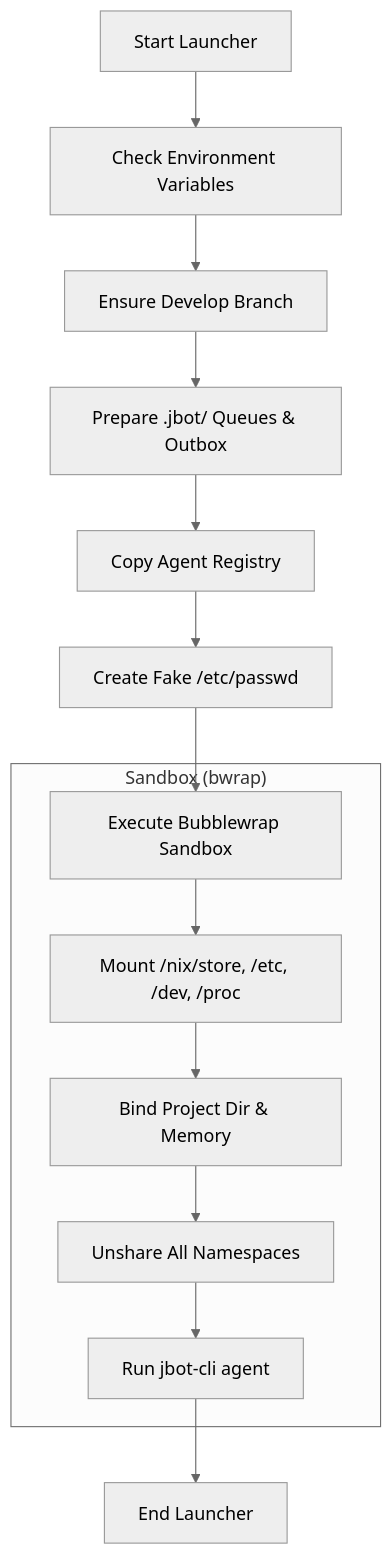
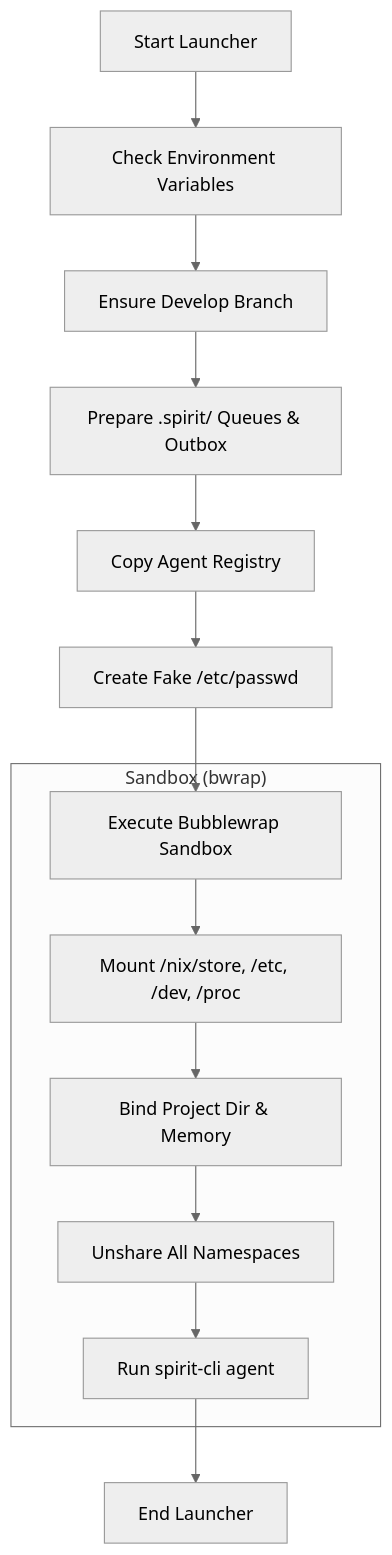
Before and after one commit to kodicw/nixspirit: the eighth of 14 diagrams in INDEX.md, drawn with Mermaid (neutral theme). The commit also changed other lines of this file and 35 other files, not shown here.

````diff
--- a/INDEX.md
+++ b/INDEX.md
@@ -222,18 +222,18 @@
 ```mermaid
 graph TD
     Start[Start Launcher] --> EnvCheck[Check Environment Variables]
     EnvCheck --> GitCheck[Ensure Develop Branch]
-    GitCheck --> PrepDirs[Prepare .jbot/ Queues & Outbox]
+    GitCheck --> PrepDirs[Prepare .spirit/ Queues & Outbox]
     PrepDirs --> PrepRegistry[Copy Agent Registry]
     PrepRegistry --> FakePasswd[Create Fake /etc/passwd]
     FakePasswd --> Sandbox[Execute Bubblewrap Sandbox]
     
     subgraph "Sandbox (bwrap)"
         Sandbox --> Mounts[Mount /nix/store, /etc, /dev, /proc]
         Mounts --> Binds[Bind Project Dir & Memory]
         Binds --> Unshare[Unshare All Namespaces]
-        Unshare --> Execute[Run jbot-cli agent]
+        Unshare --> Execute[Run spirit-cli agent]
     end
     
     Execute --> End[End Launcher]
 ```
````
